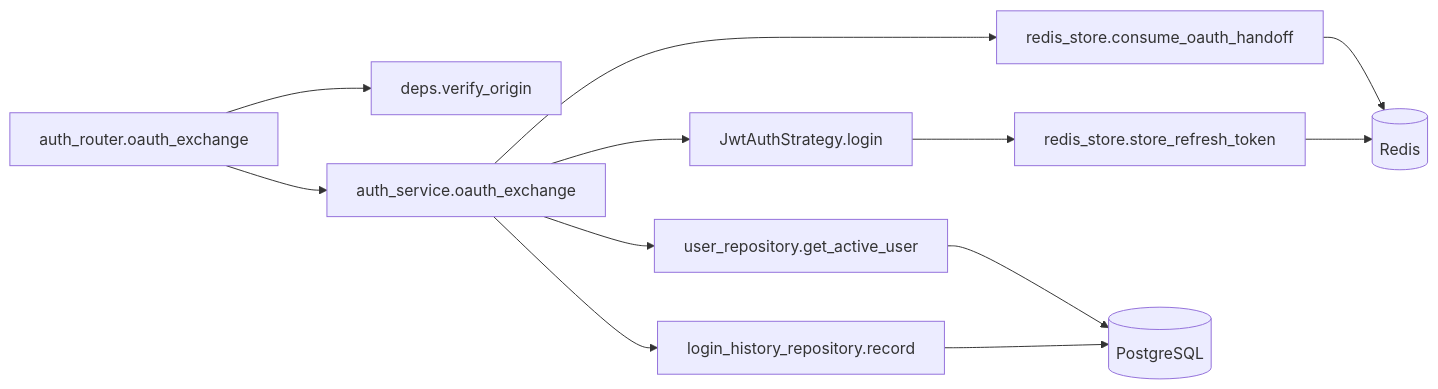
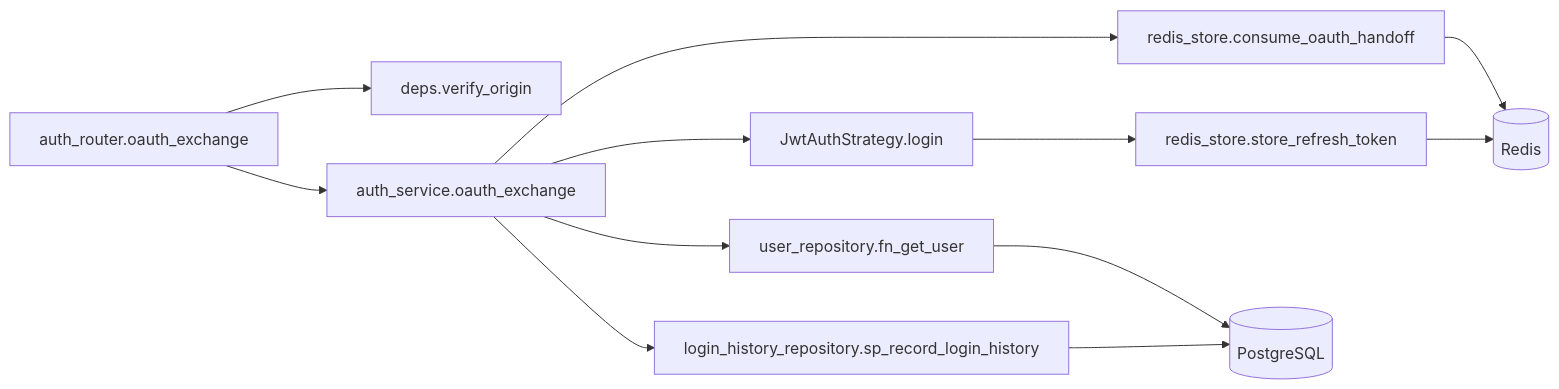
Before and after one commit to oikawa-d/task_management: the third of 4 diagrams in detailed_design/api/auth/13_post_auth_oauth_exchange.md, drawn with Mermaid. The commit also changed other lines of this file and 58 other files, not shown here.

````diff
--- a/detailed_design/api/auth/13_post_auth_oauth_exchange.md
+++ b/detailed_design/api/auth/13_post_auth_oauth_exchange.md
@@ -239,14 +239,14 @@
 ```mermaid
 flowchart LR
     R["auth_router.oauth_exchange"] --> D["deps.verify_origin"]
     R --> S["auth_service.oauth_exchange"]
     S --> RS1["redis_store.consume_oauth_handoff"]
-    S --> URP["user_repository.get_active_user"]
+    S --> URP["user_repository.fn_get_user"]
     S --> JWTS["JwtAuthStrategy.login"]
-    S --> LRP["login_history_repository.record"]
+    S --> LRP["login_history_repository.sp_record_login_history"]
     JWTS --> RS2["redis_store.store_refresh_token"]
     RS1 --> RD[("Redis")]
     RS2 --> RD
     URP --> PG[("PostgreSQL")]
     LRP --> PG
 ```
````
